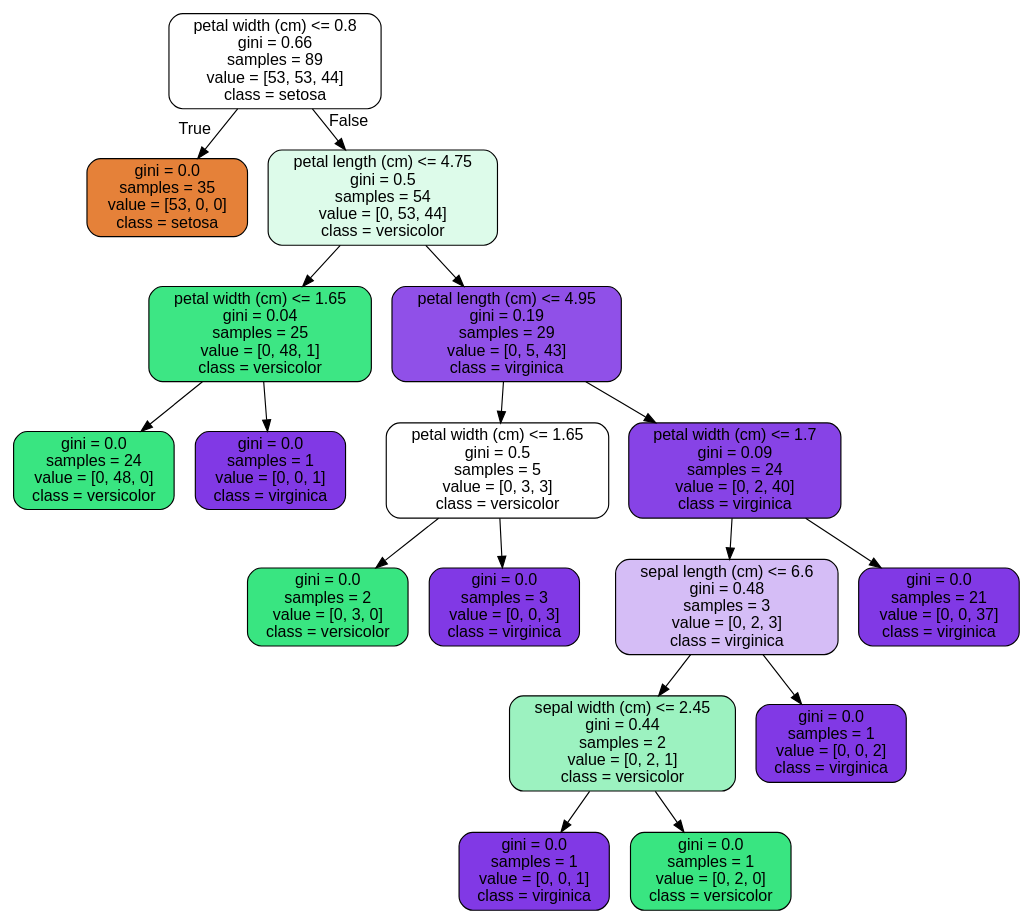
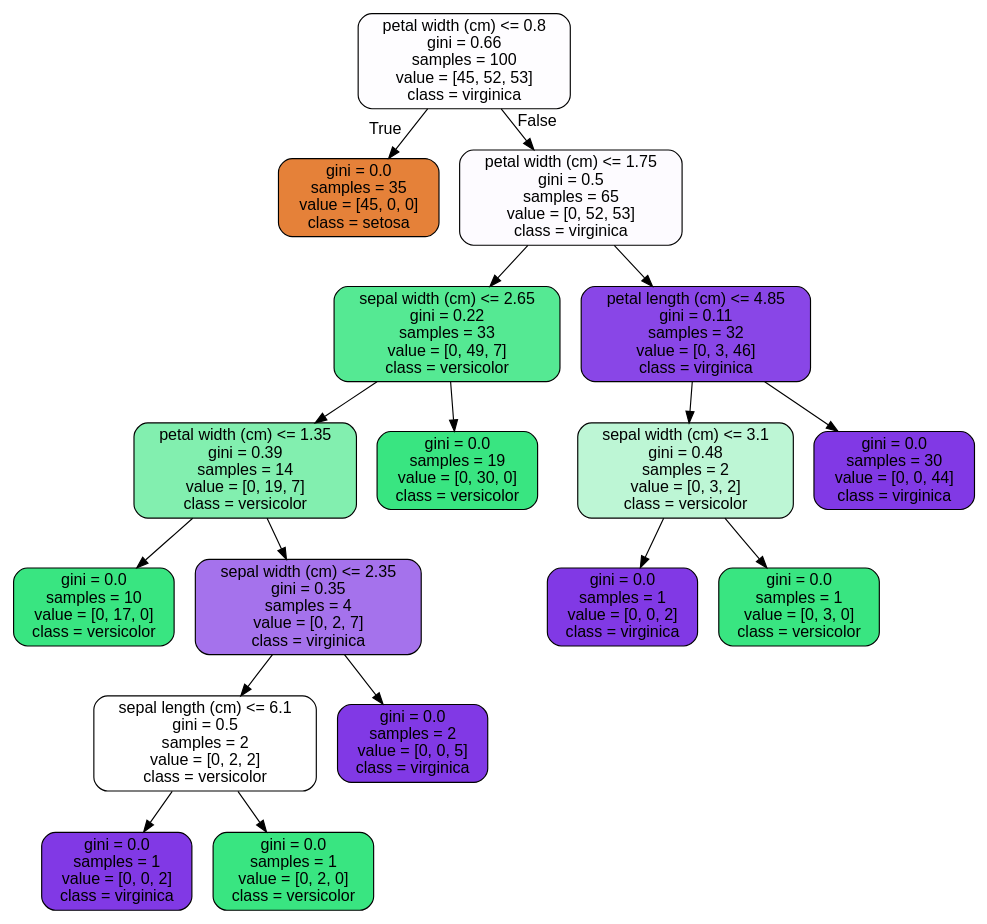
The diagram in RandomForestCaseStudy/tree.dot (neeldeorukhkar/Springboard-Case-Studies), drawn with Graphviz before and after one commit. The commit also changed 3 other files, not shown here.

```diff
--- a/RandomForestCaseStudy/tree.dot
+++ b/RandomForestCaseStudy/tree.dot
@@ -1,37 +1,37 @@
 digraph Tree {
 node [shape=box, style="filled, rounded", color="black", fontname=helvetica] ;
 edge [fontname=helvetica] ;
-0 [label="petal width (cm) <= 0.8\ngini = 0.66\nsamples = 89\nvalue = [53, 53, 44]\nclass = setosa", fillcolor="#ffffff"] ;
-1 [label="gini = 0.0\nsamples = 35\nvalue = [53, 0, 0]\nclass = setosa", fillcolor="#e58139"] ;
+0 [label="petal width (cm) <= 0.8\ngini = 0.66\nsamples = 100\nvalue = [45, 52, 53]\nclass = virginica", fillcolor="#fefdff"] ;
+1 [label="gini = 0.0\nsamples = 35\nvalue = [45, 0, 0]\nclass = setosa", fillcolor="#e58139"] ;
 0 -> 1 [labeldistance=2.5, labelangle=45, headlabel="True"] ;
-2 [label="petal length (cm) <= 4.75\ngini = 0.5\nsamples = 54\nvalue = [0, 53, 44]\nclass = versicolor", fillcolor="#ddfbea"] ;
+2 [label="petal width (cm) <= 1.75\ngini = 0.5\nsamples = 65\nvalue = [0, 52, 53]\nclass = virginica", fillcolor="#fdfbff"] ;
 0 -> 2 [labeldistance=2.5, labelangle=-45, headlabel="False"] ;
-3 [label="petal width (cm) <= 1.65\ngini = 0.04\nsamples = 25\nvalue = [0, 48, 1]\nclass = versicolor", fillcolor="#3de684"] ;
+3 [label="sepal width (cm) <= 2.65\ngini = 0.22\nsamples = 33\nvalue = [0, 49, 7]\nclass = versicolor", fillcolor="#55e993"] ;
 2 -> 3 ;
-4 [label="gini = 0.0\nsamples = 24\nvalue = [0, 48, 0]\nclass = versicolor", fillcolor="#39e581"] ;
+4 [label="petal width (cm) <= 1.35\ngini = 0.39\nsamples = 14\nvalue = [0, 19, 7]\nclass = versicolor", fillcolor="#82efaf"] ;
 3 -> 4 ;
-5 [label="gini = 0.0\nsamples = 1\nvalue = [0, 0, 1]\nclass = virginica", fillcolor="#8139e5"] ;
-3 -> 5 ;
-6 [label="petal length (cm) <= 4.95\ngini = 0.19\nsamples = 29\nvalue = [0, 5, 43]\nclass = virginica", fillcolor="#9050e8"] ;
-2 -> 6 ;
-7 [label="petal width (cm) <= 1.65\ngini = 0.5\nsamples = 5\nvalue = [0, 3, 3]\nclass = versicolor", fillcolor="#ffffff"] ;
+5 [label="gini = 0.0\nsamples = 10\nvalue = [0, 17, 0]\nclass = versicolor", fillcolor="#39e581"] ;
+4 -> 5 ;
+6 [label="sepal width (cm) <= 2.35\ngini = 0.35\nsamples = 4\nvalue = [0, 2, 7]\nclass = virginica", fillcolor="#a572ec"] ;
+4 -> 6 ;
+7 [label="sepal length (cm) <= 6.1\ngini = 0.5\nsamples = 2\nvalue = [0, 2, 2]\nclass = versicolor", fillcolor="#ffffff"] ;
 6 -> 7 ;
-8 [label="gini = 0.0\nsamples = 2\nvalue = [0, 3, 0]\nclass = versicolor", fillcolor="#39e581"] ;
+8 [label="gini = 0.0\nsamples = 1\nvalue = [0, 0, 2]\nclass = virginica", fillcolor="#8139e5"] ;
 7 -> 8 ;
-9 [label="gini = 0.0\nsamples = 3\nvalue = [0, 0, 3]\nclass = virginica", fillcolor="#8139e5"] ;
+9 [label="gini = 0.0\nsamples = 1\nvalue = [0, 2, 0]\nclass = versicolor", fillcolor="#39e581"] ;
 7 -> 9 ;
-10 [label="petal width (cm) <= 1.7\ngini = 0.09\nsamples = 24\nvalue = [0, 2, 40]\nclass = virginica", fillcolor="#8743e6"] ;
+10 [label="gini = 0.0\nsamples = 2\nvalue = [0, 0, 5]\nclass = virginica", fillcolor="#8139e5"] ;
 6 -> 10 ;
-11 [label="sepal length (cm) <= 6.6\ngini = 0.48\nsamples = 3\nvalue = [0, 2, 3]\nclass = virginica", fillcolor="#d5bdf6"] ;
-10 -> 11 ;
-12 [label="sepal width (cm) <= 2.45\ngini = 0.44\nsamples = 2\nvalue = [0, 2, 1]\nclass = versicolor", fillcolor="#9cf2c0"] ;
-11 -> 12 ;
-13 [label="gini = 0.0\nsamples = 1\nvalue = [0, 0, 1]\nclass = virginica", fillcolor="#8139e5"] ;
+11 [label="gini = 0.0\nsamples = 19\nvalue = [0, 30, 0]\nclass = versicolor", fillcolor="#39e581"] ;
+3 -> 11 ;
+12 [label="petal length (cm) <= 4.85\ngini = 0.11\nsamples = 32\nvalue = [0, 3, 46]\nclass = virginica", fillcolor="#8946e7"] ;
+2 -> 12 ;
+13 [label="sepal width (cm) <= 3.1\ngini = 0.48\nsamples = 2\nvalue = [0, 3, 2]\nclass = versicolor", fillcolor="#bdf6d5"] ;
 12 -> 13 ;
-14 [label="gini = 0.0\nsamples = 1\nvalue = [0, 2, 0]\nclass = versicolor", fillcolor="#39e581"] ;
-12 -> 14 ;
-15 [label="gini = 0.0\nsamples = 1\nvalue = [0, 0, 2]\nclass = virginica", fillcolor="#8139e5"] ;
-11 -> 15 ;
-16 [label="gini = 0.0\nsamples = 21\nvalue = [0, 0, 37]\nclass = virginica", fillcolor="#8139e5"] ;
-10 -> 16 ;
+14 [label="gini = 0.0\nsamples = 1\nvalue = [0, 0, 2]\nclass = virginica", fillcolor="#8139e5"] ;
+13 -> 14 ;
+15 [label="gini = 0.0\nsamples = 1\nvalue = [0, 3, 0]\nclass = versicolor", fillcolor="#39e581"] ;
+13 -> 15 ;
+16 [label="gini = 0.0\nsamples = 30\nvalue = [0, 0, 44]\nclass = virginica", fillcolor="#8139e5"] ;
+12 -> 16 ;
 }
```
